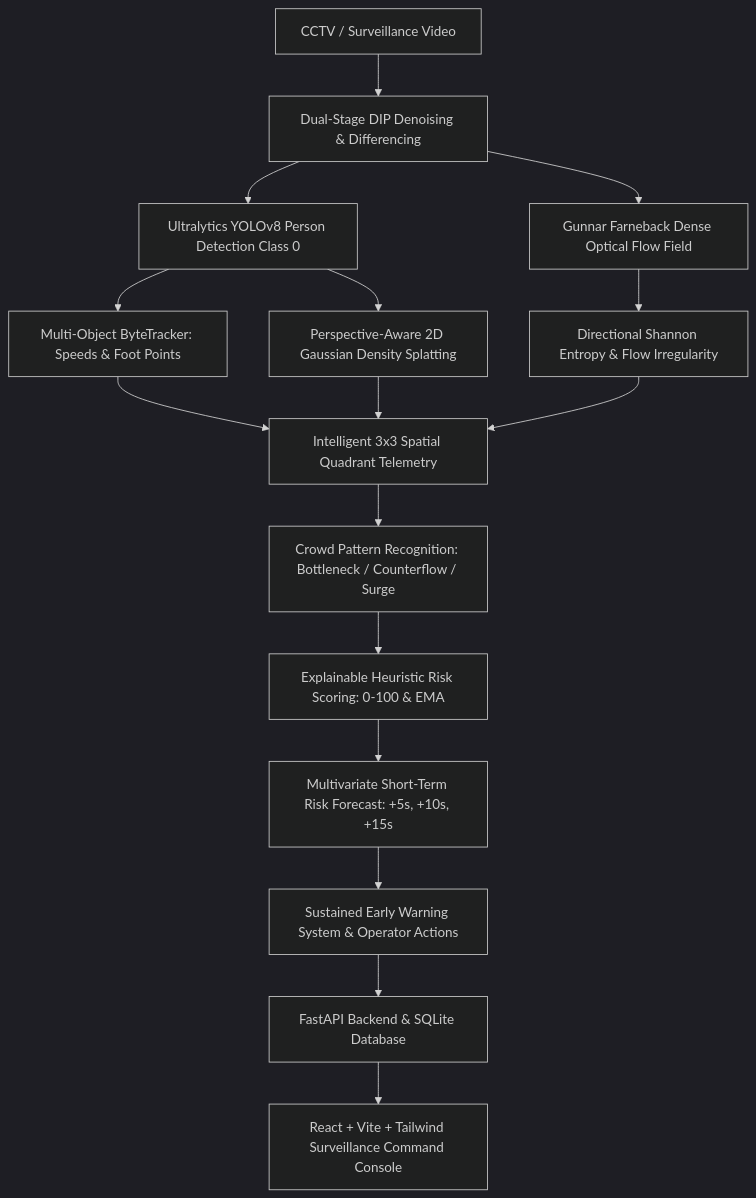
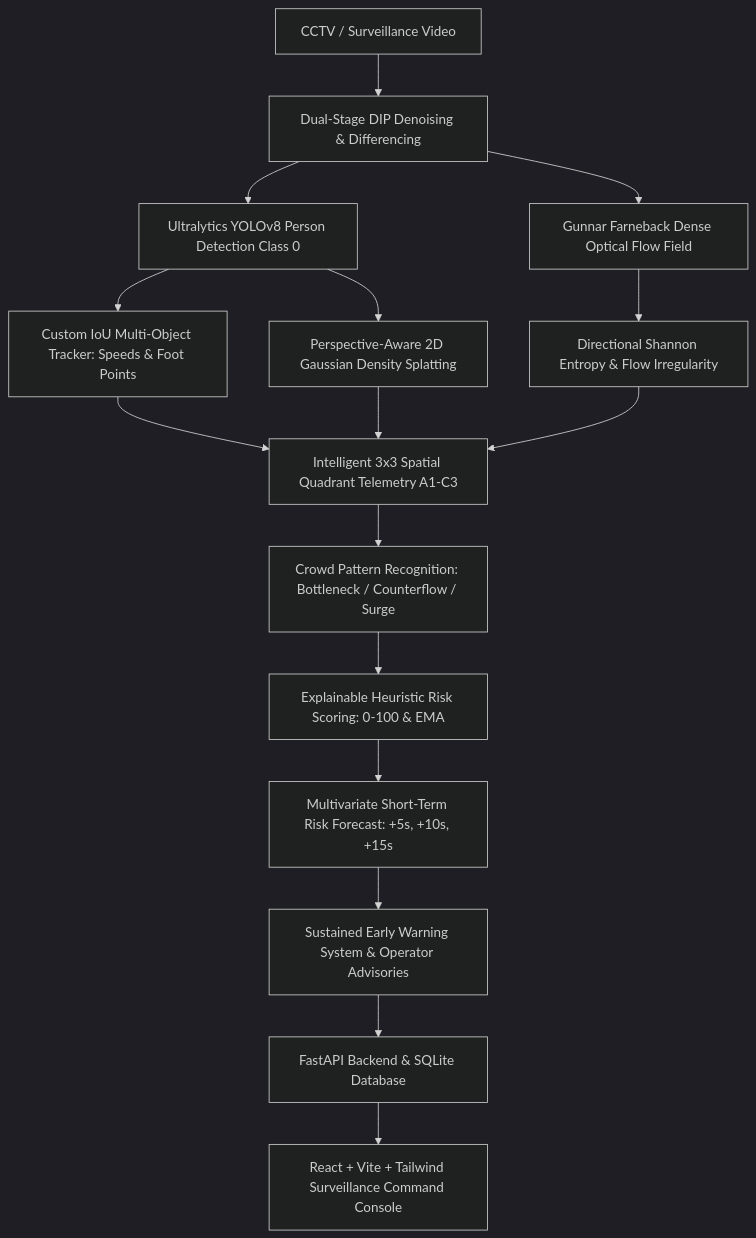
Before and after one commit to shrutirai29/dip: the first of 2 diagrams in README.md, drawn with Mermaid (dark theme). The commit also changed other lines of this file and 21 other files, not shown here.

````diff
--- a/README.md
+++ b/README.md
@@ -16,16 +59,16 @@
 ```mermaid
 graph TD
     A[CCTV / Surveillance Video] --> B[Dual-Stage DIP Denoising & Differencing]
     B --> C[Ultralytics YOLOv8 Person Detection Class 0]
     B --> D[Gunnar Farneback Dense Optical Flow Field]
-    C --> E[Multi-Object ByteTracker: Speeds & Foot Points]
+    C --> E[Custom IoU Multi-Object Tracker: Speeds & Foot Points]
     C --> F[Perspective-Aware 2D Gaussian Density Splatting]
     D --> G[Directional Shannon Entropy & Flow Irregularity]
-    E & F & G --> H[Intelligent 3x3 Spatial Quadrant Telemetry]
+    E & F & G --> H[Intelligent 3x3 Spatial Quadrant Telemetry A1-C3]
     H --> I[Crowd Pattern Recognition: Bottleneck / Counterflow / Surge]
     I --> J[Explainable Heuristic Risk Scoring: 0-100 & EMA]
     J --> K[Multivariate Short-Term Risk Forecast: +5s, +10s, +15s]
-    K --> L[Sustained Early Warning System & Operator Actions]
+    K --> L[Sustained Early Warning System & Operator Advisories]
     L --> M[FastAPI Backend & SQLite Database]
     M --> N[React + Vite + Tailwind Surveillance Command Console]
 ```
````
